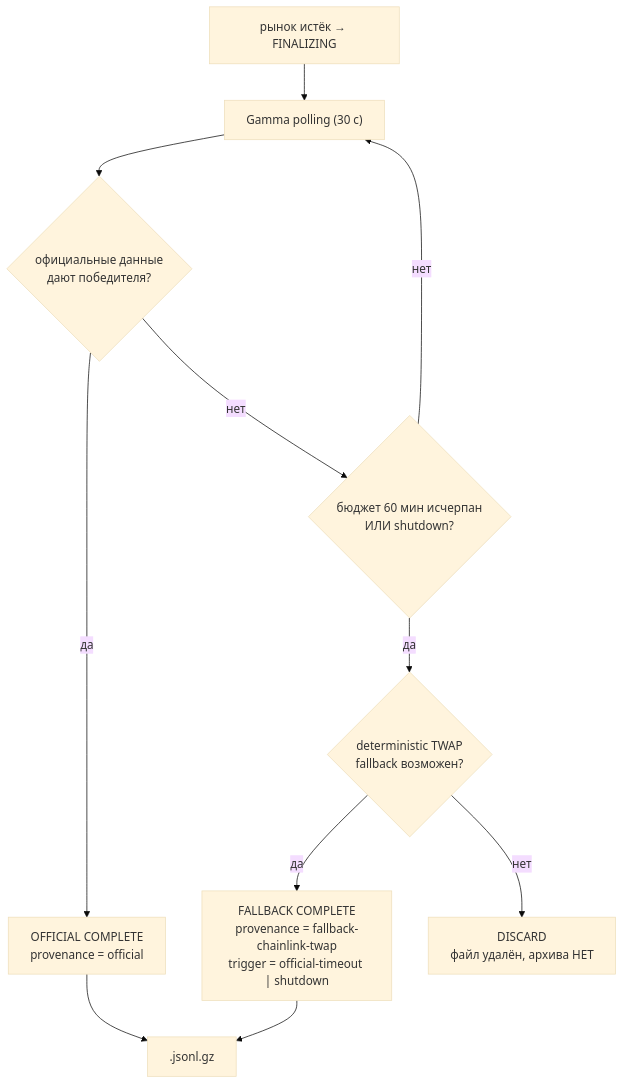
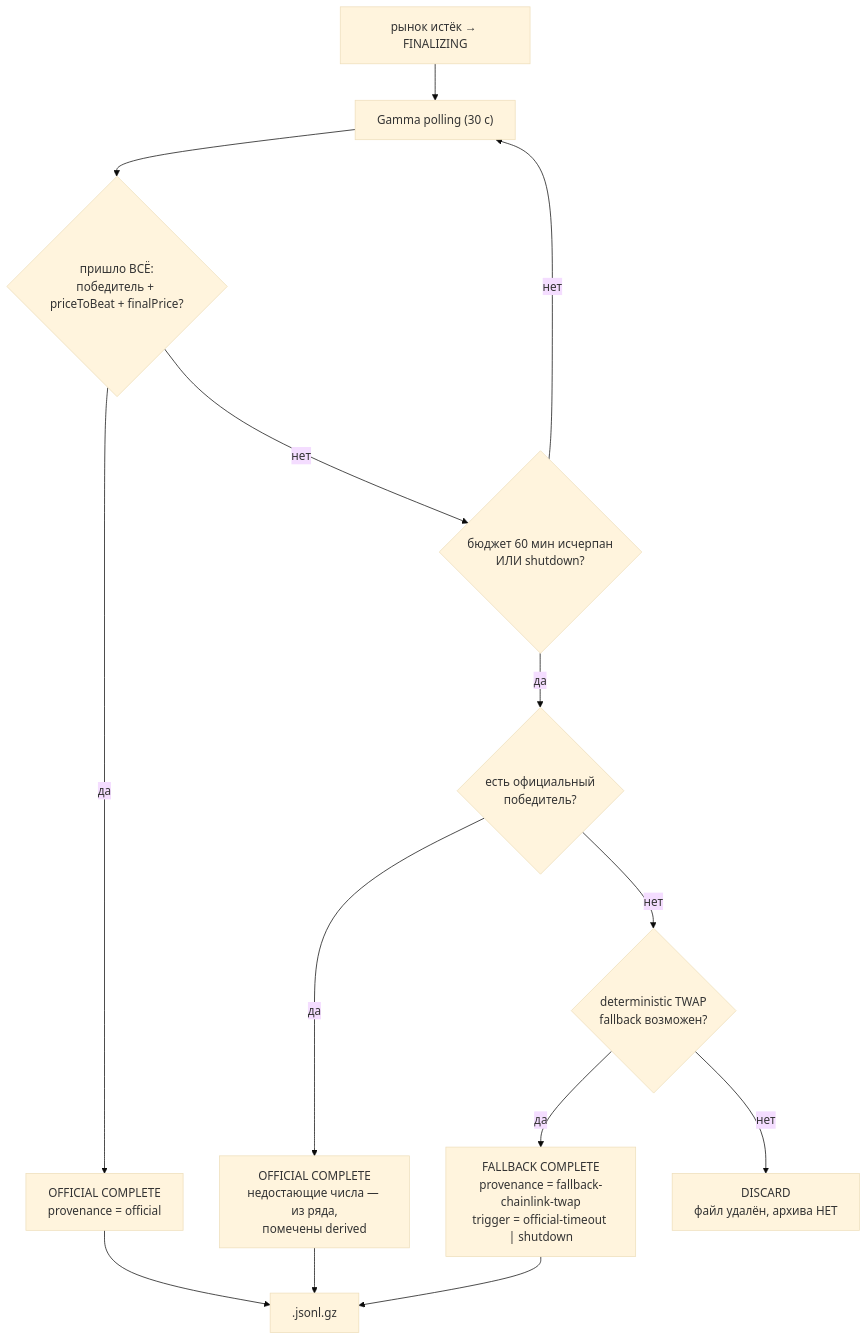
One commit to menvil/polymarket changed the second of 2 diagrams in docs/guides/twap-settlement-and-resolution.md. Above: the diagram before and after it, drawn with Mermaid (base theme). The commit also changed other lines of this file and 2 other files, not shown here.

````diff
--- a/docs/guides/twap-settlement-and-resolution.md
+++ b/docs/guides/twap-settlement-and-resolution.md
@@ -195,13 +195,16 @@
 ```mermaid
 flowchart TD
     E["рынок истёк → FINALIZING"] --> POLL["Gamma polling (30 с)"]
-    POLL --> OFF{"официальные данные<br/>дают победителя?"}
-    OFF -->|да| OC["OFFICIAL COMPLETE<br/>provenance = official"]
-    OFF -->|нет| T{"бюджет 60 мин исчерпан<br/>ИЛИ shutdown?"}
+    POLL --> FULL{"пришло ВСЁ:<br/>победитель + priceToBeat + finalPrice?"}
+    FULL -->|да| OC["OFFICIAL COMPLETE<br/>provenance = official"]
+    FULL -->|нет| T{"бюджет 60 мин исчерпан<br/>ИЛИ shutdown?"}
     T -->|нет| POLL
-    T -->|да| FB{"deterministic TWAP<br/>fallback возможен?"}
+    T -->|да| OW{"есть официальный<br/>победитель?"}
+    OW -->|да| OCP["OFFICIAL COMPLETE<br/>недостающие числа — из ряда,<br/>помечены derived"]
+    OW -->|нет| FB{"deterministic TWAP<br/>fallback возможен?"}
     FB -->|да| FC["FALLBACK COMPLETE<br/>provenance = fallback-chainlink-twap<br/>trigger = official-timeout | shutdown"]
     FB -->|нет| DIS["DISCARD<br/>файл удалён, архива НЕТ"]
     OC --> GZ[".jsonl.gz"]
+    OCP --> GZ
     FC --> GZ
 ```
````
